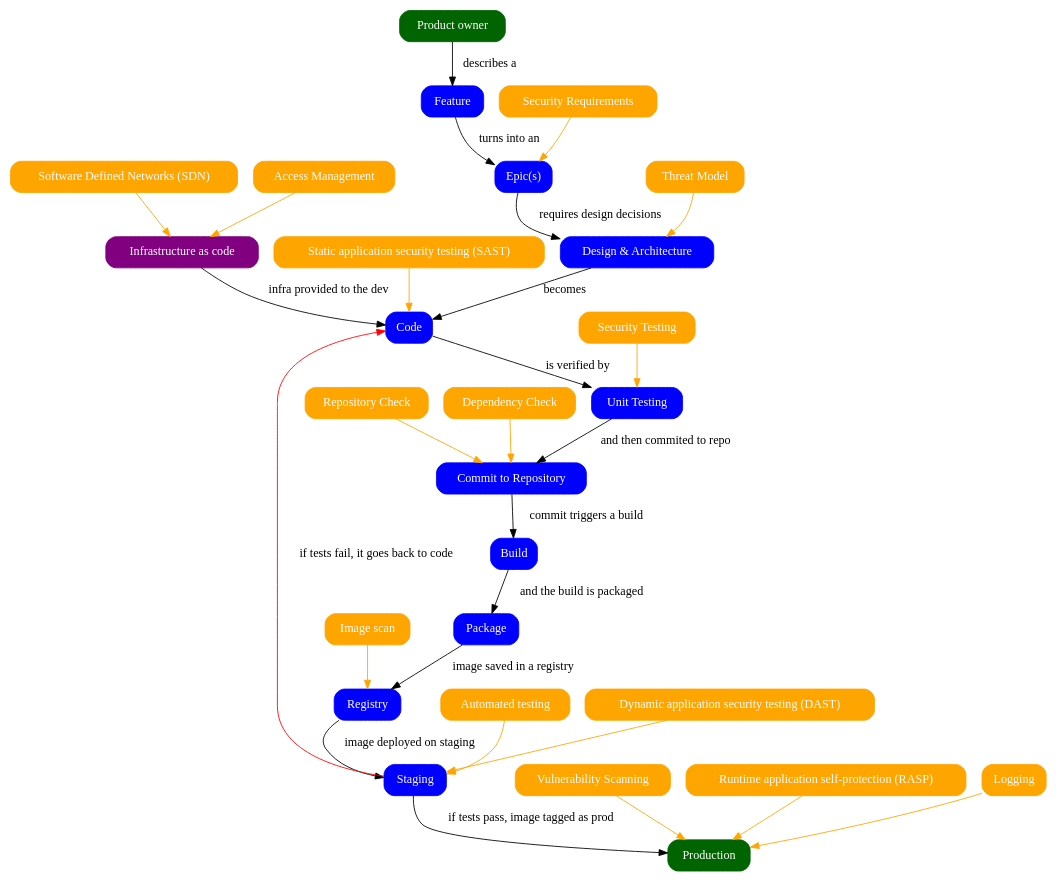
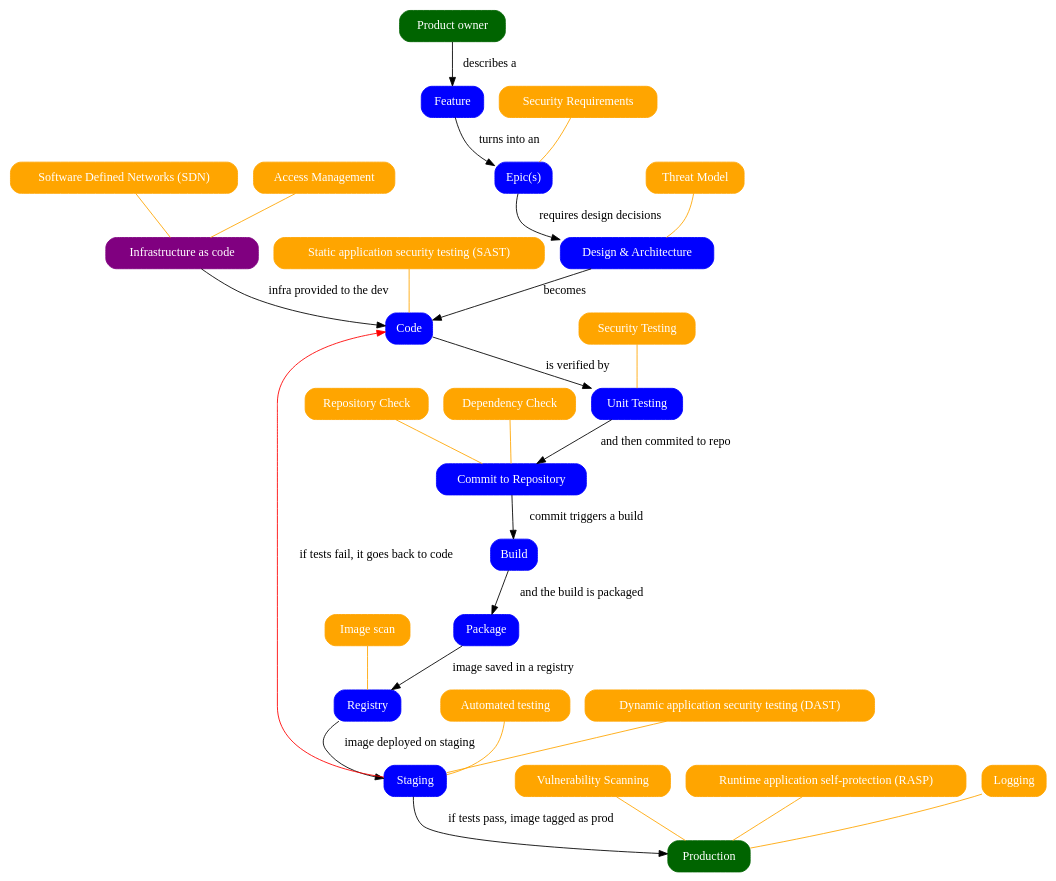
The diagram in AppSec.dot (dstergiou/workflow), drawn with Graphviz before and after one commit.

Commit message:
Arrow direction removed for security controls

```diff
--- a/AppSec.dot
+++ b/AppSec.dot
@@ -22,7 +22,7 @@
         label="Epic(s)";
     ]
     security_requirements[
-        shape=box, 
+        shape=Mrecord, 
         style="rounded,filled", 
         color=orange, 
         fontcolor=white,
@@ -191,29 +191,29 @@
     ]
     product_owner -> feature [label = "describes a "]
     feature -> epic [label = "turns into an"]
-    security_requirements -> epic [color="orange"]
+    security_requirements -> epic [color="orange", dir=none]
     epic -> design [label = "requires design decisions"]
-    threat_model -> design [color="orange"]
+    threat_model -> design [color="orange", dir=none]
     design -> code [ label = "becomes" ]
-    sast -> code [color="orange"]
+    sast -> code [color="orange", dir=none]
     infrastructure_as_code -> code [label = "infra provided to the dev"]
-    access_management -> infrastructure_as_code [color="orange"]
-    network_segregation -> infrastructure_as_code [color="orange"]
+    access_management -> infrastructure_as_code [color="orange", dir=none]
+    network_segregation -> infrastructure_as_code [color="orange", dir=none]
     code -> unit_testing [ label = "is verified by" ]
-    security_testing -> unit_testing [ color="orange"]
+    security_testing -> unit_testing [ color="orange", dir=none]
     unit_testing -> commit [ label = "and then commited to repo"]
-    repository_check -> commit [ color="orange"]
+    repository_check -> commit [ color="orange", dir=none]
     commit -> build [ label = "commit triggers a build"]
-    dependency_check -> commit [ color="orange"]
+    dependency_check -> commit [ color="orange", dir=none]
     build -> package [ label = "and the build is packaged" ]
     package -> registry [ label = "image saved in a registry" ]
-    image_scan -> registry [ color="orange"]
+    image_scan -> registry [ color="orange", dir=none ]
     registry -> staging [ label = "image deployed on staging"]
-    automated_tests -> staging [ color="orange"]
-    dast -> staging [ color="orange"]
+    automated_tests -> staging [ color="orange", dir=none]
+    dast -> staging [ color="orange", dir=none]
     staging -> production [label = "if tests pass, image tagged as prod"]
     staging -> code [label = "if tests fail, it goes back to code", color="red" ]
-    vulnerability_scanning -> production [ color="orange"]
-    rasp -> production [ color="orange"]
-    logging -> production [ color="orange"]
+    vulnerability_scanning -> production [ color="orange", dir=none]
+    rasp -> production [ color="orange", dir=none]
+    logging -> production [ color="orange", dir=none]
 }
```
